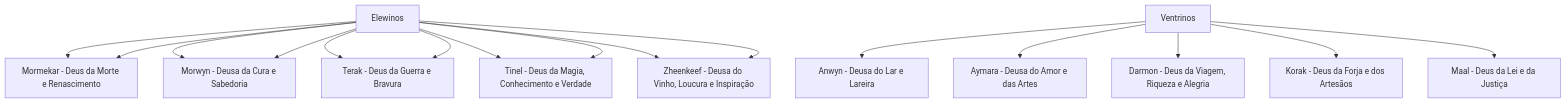
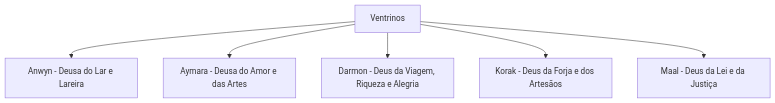
One commit to YBraga35/-Wiki-Yan changed the third of 5 diagrams in content/index.md. Above: the diagram before and after it, drawn with Mermaid. The commit also changed other lines of this file, not shown here.

````diff
--- a/content/index.md
+++ b/content/index.md
@@ -49,23 +59,10 @@
 ```mermaid
 graph TD
-    C[Elewinos] 
-    C --> Mormekar[Mormekar - Deus da Morte e Renascimento]
-    C --> Morwyn[Morwyn - Deusa da Cura e Sabedoria]
-    C --> Terak[Terak - Deus da Guerra e Bravura]
-    C --> Tinel[Tinel - Deus da Magia, Conhecimento e Verdade]
-    C --> Zheenkeef[Zheenkeef - Deusa do Vinho, Loucura e Inspiração]
-
-    D[Ventrinos]
-    D --> Anwyn[Anwyn - Deusa do Lar e Lareira]
-    D --> Aymara[Aymara - Deusa do Amor e das Artes]
-    D --> Darmon[Darmon - Deus da Viagem, Riqueza e Alegria]
-    D --> Korak[Korak - Deus da Forja e dos Artesãos]
-    D --> Maal[Maal - Deus da Lei e da Justiça]
-
-    C --> Mormekar
-    C --> Morwyn
-    C --> Terak
-    C --> Tinel
-    C --> Zheenkeef
+    A[Ventrinos]
+    A --> Anwyn[Anwyn - Deusa do Lar e Lareira]
+    A --> Aymara[Aymara - Deusa do Amor e das Artes]
+    A --> Darmon[Darmon - Deus da Viagem, Riqueza e Alegria]
+    A --> Korak[Korak - Deus da Forja e dos Artesãos]
+    A --> Maal[Maal - Deus da Lei e da Justiça]
 
 ```
````
